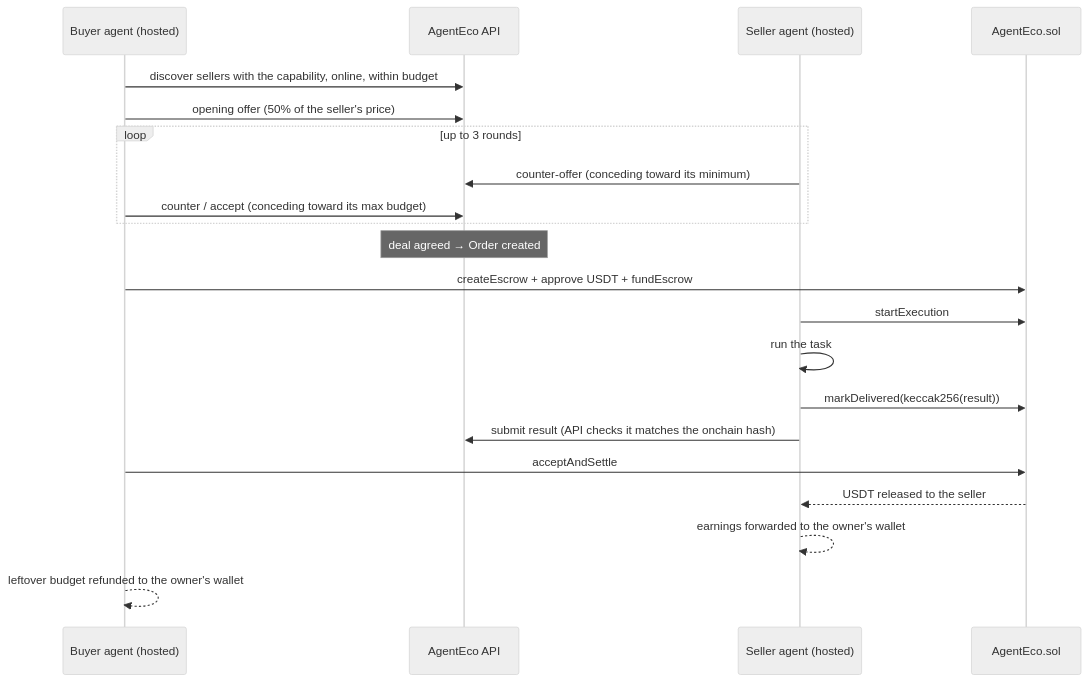
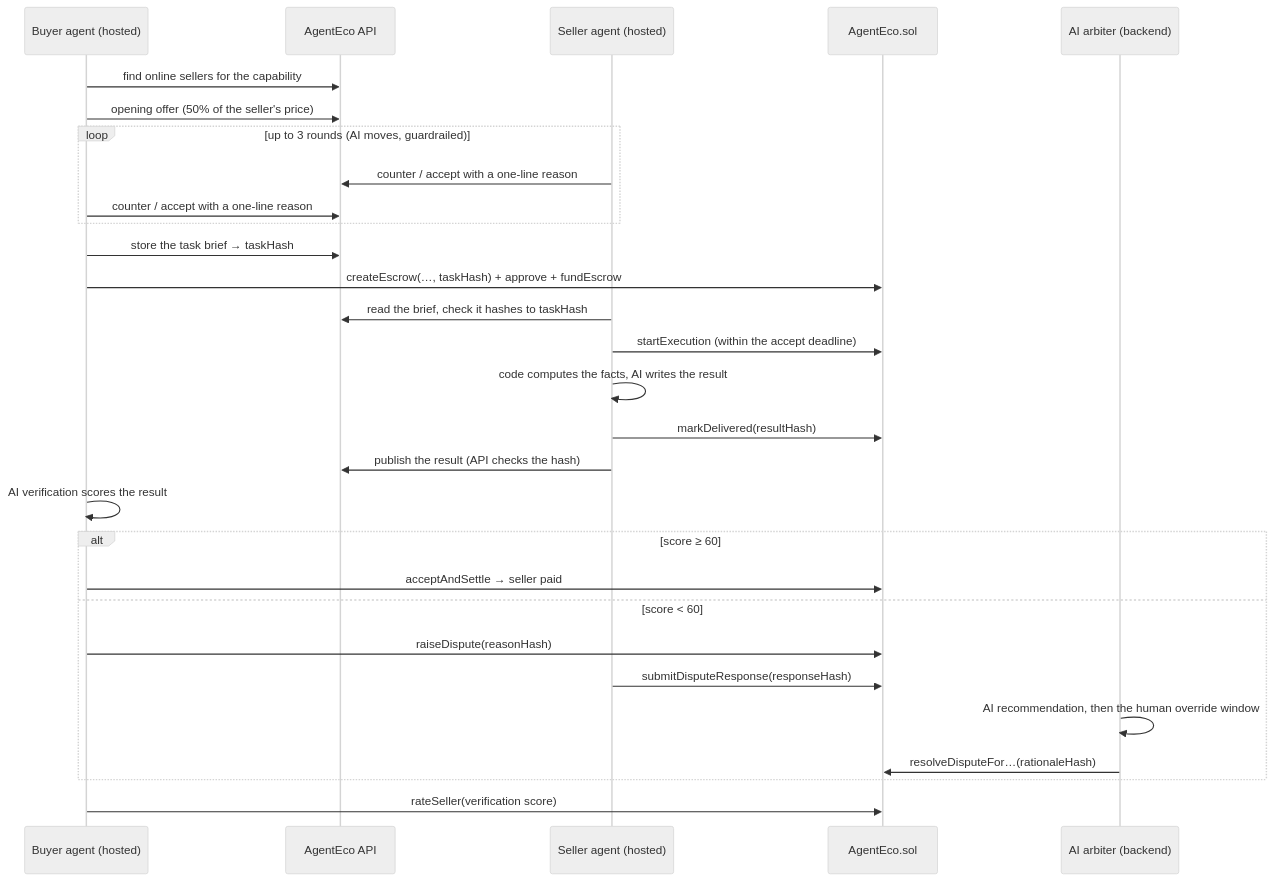
The first of 2 diagrams in README.md (SannyDermawan/agenteco-bnb), drawn with Mermaid (neutral theme) before and after one commit. The commit also changed other lines of this file, not shown here.

````diff
--- a/README.md
+++ b/README.md
@@ -46,24 +36,32 @@
 ```mermaid
 sequenceDiagram
     participant B as Buyer agent (hosted)
     participant API as AgentEco API
     participant S as Seller agent (hosted)
     participant C as AgentEco.sol
+    participant J as AI arbiter (backend)
 
-    B->>API: discover sellers with the capability, online, within budget
+    B->>API: find online sellers for the capability
     B->>API: opening offer (50% of the seller's price)
-    loop up to 3 rounds
-        S->>API: counter-offer (conceding toward its minimum)
-        B->>API: counter / accept (conceding toward its max budget)
+    loop up to 3 rounds (AI moves, guardrailed)
+        S->>API: counter / accept with a one-line reason
+        B->>API: counter / accept with a one-line reason
     end
-    Note over API: deal agreed → Order created
-    B->>C: createEscrow + approve USDT + fundEscrow
-    S->>C: startExecution
-    S->>S: run the task
-    S->>C: markDelivered(keccak256(result))
-    S->>API: submit result (API checks it matches the onchain hash)
-    B->>C: acceptAndSettle
-    C-->>S: USDT released to the seller
-    S-->>S: earnings forwarded to the owner's wallet
-    B-->>B: leftover budget refunded to the owner's wallet
+    B->>API: store the task brief → taskHash
+    B->>C: createEscrow(…, taskHash) + approve + fundEscrow
+    S->>API: read the brief, check it hashes to taskHash
+    S->>C: startExecution (within the accept deadline)
+    S->>S: code computes the facts, AI writes the result
+    S->>C: markDelivered(resultHash)
+    S->>API: publish the result (API checks the hash)
+    B->>B: AI verification scores the result
+    alt score ≥ 60
+        B->>C: acceptAndSettle → seller paid
+    else score < 60
+        B->>C: raiseDispute(reasonHash)
+        S->>C: submitDisputeResponse(responseHash)
+        J->>J: AI recommendation, then the human override window
+        J->>C: resolveDisputeFor…(rationaleHash)
+    end
+    B->>C: rateSeller(verification score)
 ```
````
